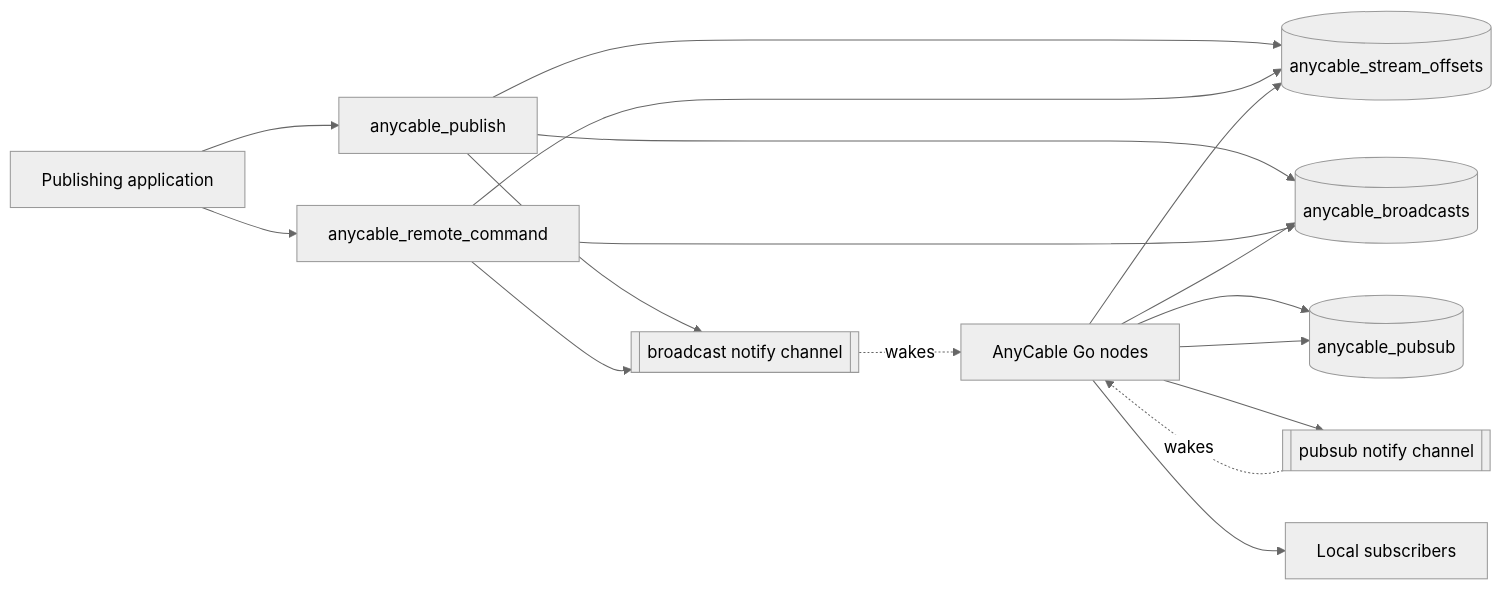
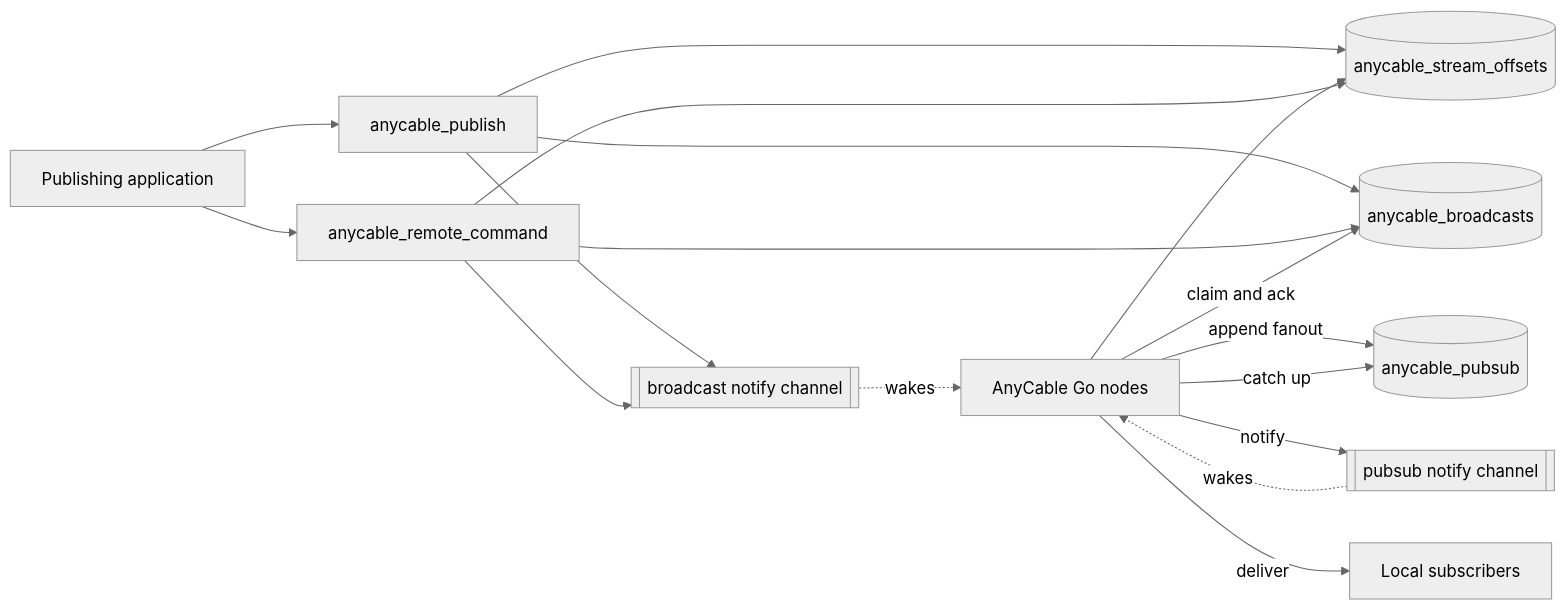
Before and after one commit to anycable/anycable: the first of 2 diagrams in docs/postgres-signalling-plan.md, drawn with Mermaid (neutral theme). The commit also changed other lines of this file, not shown here.

````diff
--- a/docs/postgres-signalling-plan.md
+++ b/docs/postgres-signalling-plan.md
@@ -35,30 +35,30 @@
 ```mermaid
 flowchart LR
   App[Publishing application]
   FnPublish[anycable_publish]
   FnRemote[anycable_remote_command]
   Offsets[(anycable_stream_offsets)]
   Broadcasts[(anycable_broadcasts)]
   BroadcastNotify[[broadcast notify channel]]
   Go[AnyCable Go nodes]
   PubSub[(anycable_pubsub)]
   PubSubNotify[[pubsub notify channel]]
   Subscribers[Local subscribers]
 
   App --> FnPublish
   App --> FnRemote
   FnPublish --> Offsets
   FnRemote --> Offsets
   FnPublish --> Broadcasts
   FnRemote --> Broadcasts
   FnPublish --> BroadcastNotify
   FnRemote --> BroadcastNotify
   BroadcastNotify -. wakes .-> Go
-  Go --> Broadcasts
+  Go -- claim and ack --> Broadcasts
   Go --> Offsets
-  Go --> PubSub
-  Go --> PubSubNotify
+  Go -- append fanout --> PubSub
+  Go -- notify --> PubSubNotify
   PubSubNotify -. wakes .-> Go
-  Go --> PubSub
-  Go --> Subscribers
+  Go -- catch up --> PubSub
+  Go -- deliver --> Subscribers
 ```
````
